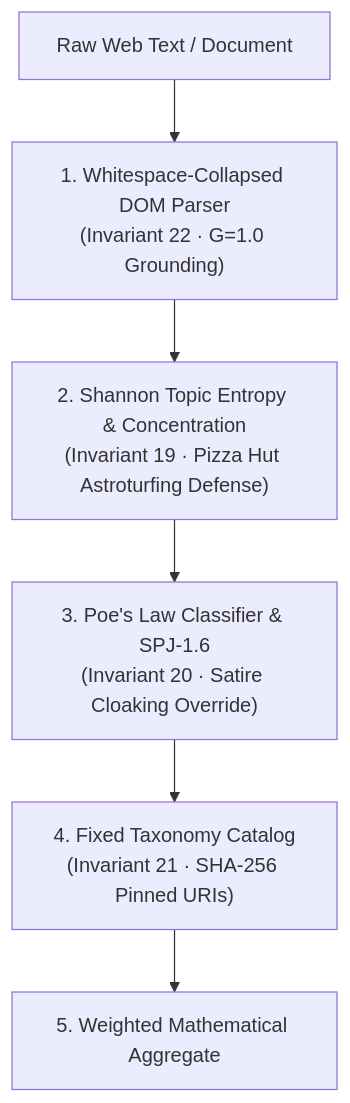
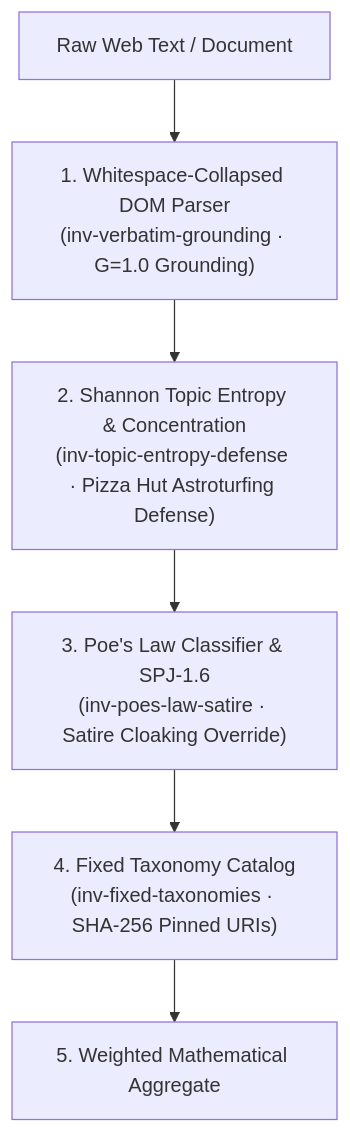
One commit to artibyrd/credence-docs changed the second of 4 diagrams in docs/invariants.md. Above: the diagram before and after it, drawn with Mermaid. The commit also changed other lines of this file and 3 other files, not shown here.

````diff
--- a/docs/invariants.md
+++ b/docs/invariants.md
@@ -145,8 +163,8 @@
 ```mermaid
 flowchart TD
-    RawDoc["Raw Web Text / Document"] --> AST["1. Whitespace-Collapsed DOM Parser<br/>(Invariant 22 · G=1.0 Grounding)"]
-    AST --> Entropy["2. Shannon Topic Entropy & Concentration<br/>(Invariant 19 · Pizza Hut Astroturfing Defense)"]
-    Entropy --> Satire["3. Poe's Law Classifier & SPJ-1.6<br/>(Invariant 20 · Satire Cloaking Override)"]
-    Satire --> Namespaces["4. Fixed Taxonomy Catalog<br/>(Invariant 21 · SHA-256 Pinned URIs)"]
+    RawDoc["Raw Web Text / Document"] --> AST["1. Whitespace-Collapsed DOM Parser<br/>(inv-verbatim-grounding · G=1.0 Grounding)"]
+    AST --> Entropy["2. Shannon Topic Entropy & Concentration<br/>(inv-topic-entropy-defense · Pizza Hut Astroturfing Defense)"]
+    Entropy --> Satire["3. Poe's Law Classifier & SPJ-1.6<br/>(inv-poes-law-satire · Satire Cloaking Override)"]
+    Satire --> Namespaces["4. Fixed Taxonomy Catalog<br/>(inv-fixed-taxonomies · SHA-256 Pinned URIs)"]
     Namespaces --> Score["5. Weighted Mathematical Aggregate"]
 ```
````
